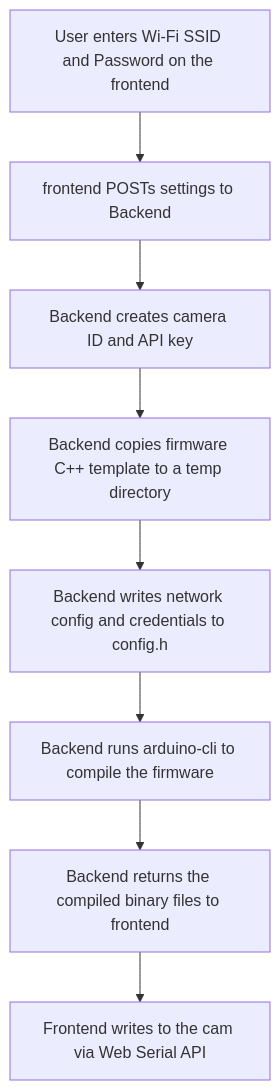
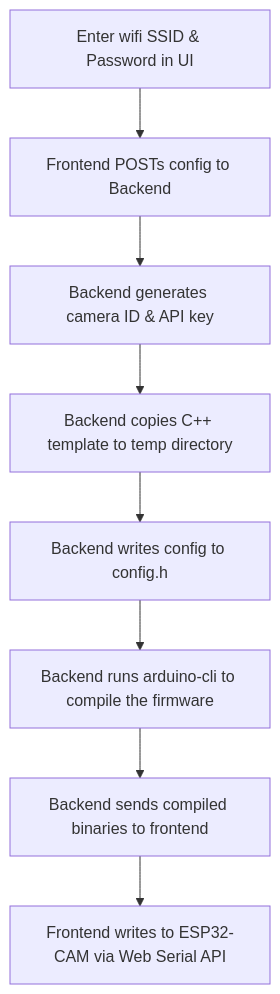
Before and after one commit to jauzin23/CAMron: the diagram in README.md, drawn with Mermaid. The commit also changed other lines of this file and 18 other files, not shown here.

````diff
--- a/README.md
+++ b/README.md
@@ -94,10 +67,10 @@
 ```mermaid
 flowchart TD
-    A[User enters Wi-Fi SSID and Password on the frontend] --> B[frontend POSTs settings to Backend]
-    B --> C[Backend creates camera ID and API key]
-    C --> D[Backend copies firmware C++ template to a temp directory]
-    D --> E[Backend writes network config and credentials to config.h]
+    A[Enter wifi SSID & Password in UI] --> B[Frontend POSTs config to Backend]
+    B --> C[Backend generates camera ID & API key]
+    C --> D[Backend copies C++ template to temp directory]
+    D --> E[Backend writes config to config.h]
     E --> F[Backend runs arduino-cli to compile the firmware]
-    F --> G[Backend returns the compiled binary files to frontend]
-    G --> H[Frontend writes to the cam via Web Serial API]
+    F --> G[Backend sends compiled binaries to frontend]
+    G --> H[Frontend writes to ESP32-CAM via Web Serial API]
 ```
````
